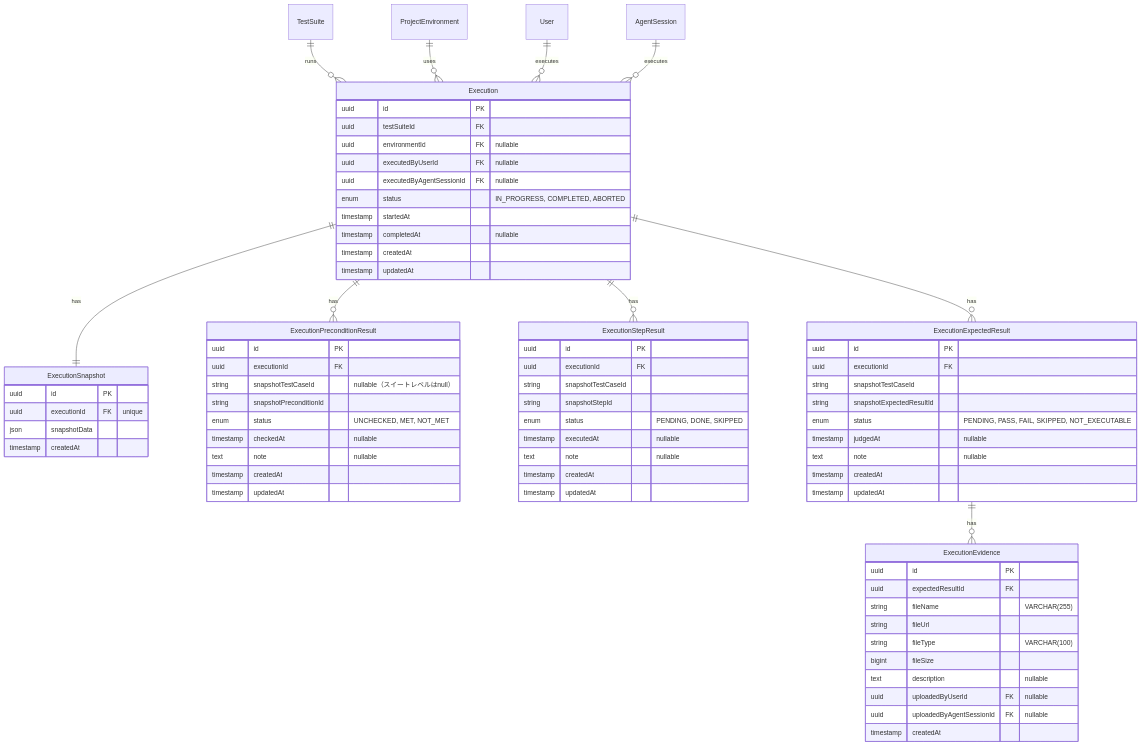
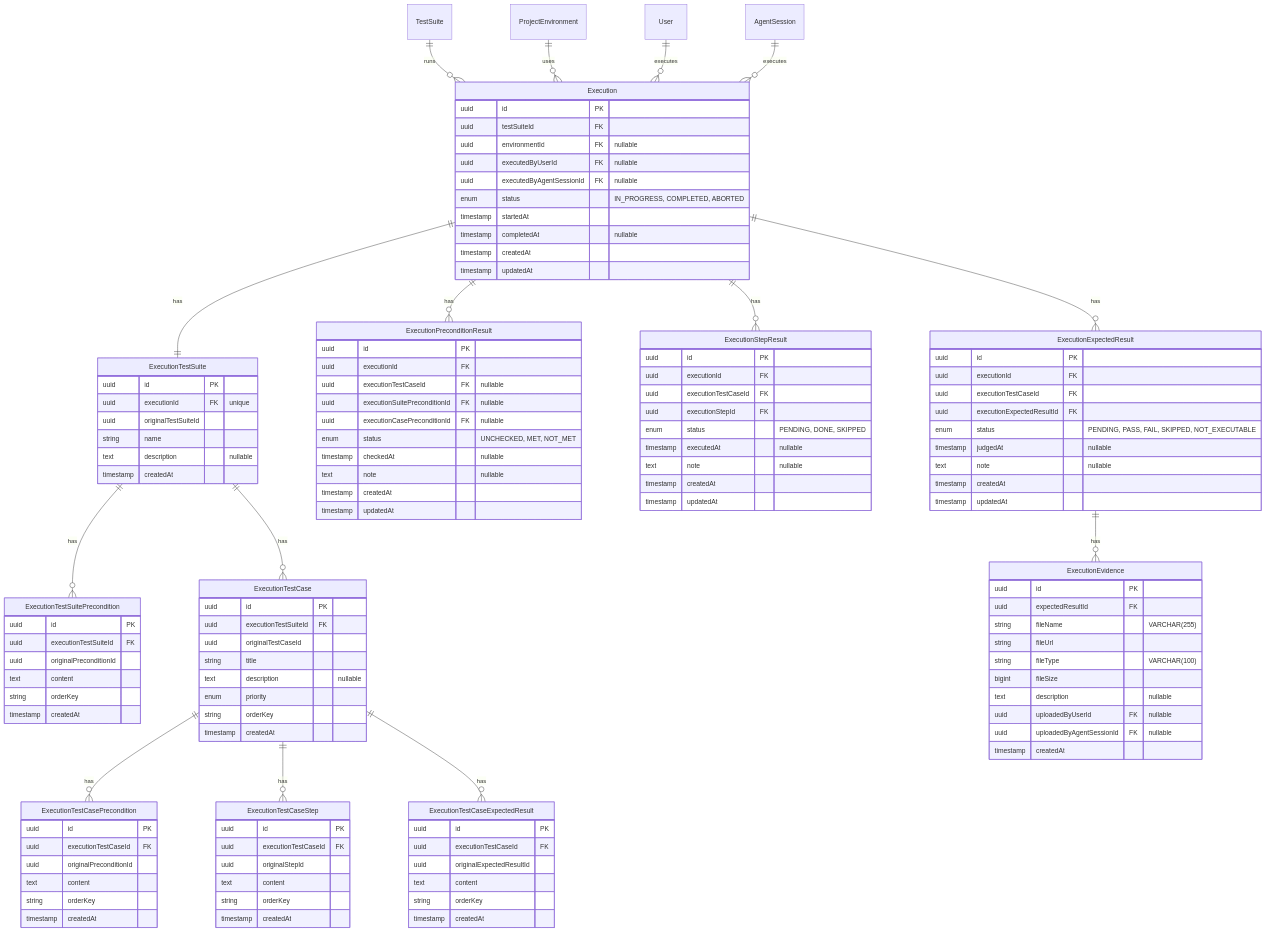
Before and after one commit to tsutsumi389/agentest: the sixth of 6 diagrams in docs/architecture/features/test-execution.md, drawn with Mermaid. The commit also changed other lines of this file, not shown here.

```diff
--- a/docs/architecture/features/test-execution.md
+++ b/docs/architecture/features/test-execution.md
@@ -235,7 +240,12 @@
     ProjectEnvironment ||--o{ Execution : "uses"
     User ||--o{ Execution : "executes"
     AgentSession ||--o{ Execution : "executes"
-    Execution ||--|| ExecutionSnapshot : "has"
+    Execution ||--|| ExecutionTestSuite : "has"
+    ExecutionTestSuite ||--o{ ExecutionTestSuitePrecondition : "has"
+    ExecutionTestSuite ||--o{ ExecutionTestCase : "has"
+    ExecutionTestCase ||--o{ ExecutionTestCasePrecondition : "has"
+    ExecutionTestCase ||--o{ ExecutionTestCaseStep : "has"
+    ExecutionTestCase ||--o{ ExecutionTestCaseExpectedResult : "has"
     Execution ||--o{ ExecutionPreconditionResult : "has"
     Execution ||--o{ ExecutionStepResult : "has"
     Execution ||--o{ ExecutionExpectedResult : "has"
@@ -254,18 +264,68 @@
         timestamp updatedAt
     }
 
-    ExecutionSnapshot {
+    ExecutionTestSuite {
         uuid id PK
         uuid executionId FK "unique"
-        json snapshotData
+        uuid originalTestSuiteId
+        string name
+        text description "nullable"
+        timestamp createdAt
+    }
+
+    ExecutionTestSuitePrecondition {
+        uuid id PK
+        uuid executionTestSuiteId FK
+        uuid originalPreconditionId
+        text content
+        string orderKey
+        timestamp createdAt
+    }
+
+    ExecutionTestCase {
+        uuid id PK
+        uuid executionTestSuiteId FK
+        uuid originalTestCaseId
+        string title
+        text description "nullable"
+        enum priority
+        string orderKey
+        timestamp createdAt
+    }
+
+    ExecutionTestCasePrecondition {
+        uuid id PK
+        uuid executionTestCaseId FK
+        uuid originalPreconditionId
+        text content
+        string orderKey
+        timestamp createdAt
+    }
+
+    ExecutionTestCaseStep {
+        uuid id PK
+        uuid executionTestCaseId FK
+        uuid originalStepId
+        text content
+        string orderKey
+        timestamp createdAt
+    }
+
+    ExecutionTestCaseExpectedResult {
+        uuid id PK
+        uuid executionTestCaseId FK
+        uuid originalExpectedResultId
+        text content
+        string orderKey
         timestamp createdAt
     }
 
     ExecutionPreconditionResult {
         uuid id PK
         uuid executionId FK
-        string snapshotTestCaseId "nullable（スイートレベルはnull）"
-        string snapshotPreconditionId
+        uuid executionTestCaseId FK "nullable"
+        uuid executionSuitePreconditionId FK "nullable"
+        uuid executionCasePreconditionId FK "nullable"
         enum status "UNCHECKED, MET, NOT_MET"
         timestamp checkedAt "nullable"
         text note "nullable"
@@ -276,8 +336,8 @@
     ExecutionStepResult {
         uuid id PK
         uuid executionId FK
-        string snapshotTestCaseId
-        string snapshotStepId
+        uuid executionTestCaseId FK
+        uuid executionStepId FK
         enum status "PENDING, DONE, SKIPPED"
         timestamp executedAt "nullable"
         text note "nullable"
@@ -288,8 +348,8 @@
     ExecutionExpectedResult {
         uuid id PK
         uuid executionId FK
-        string snapshotTestCaseId
-        string snapshotExpectedResultId
+        uuid executionTestCaseId FK
+        uuid executionExpectedResultId FK
         enum status "PENDING, PASS, FAIL, SKIPPED, NOT_EXECUTABLE"
         timestamp judgedAt "nullable"
         text note "nullable"
```
